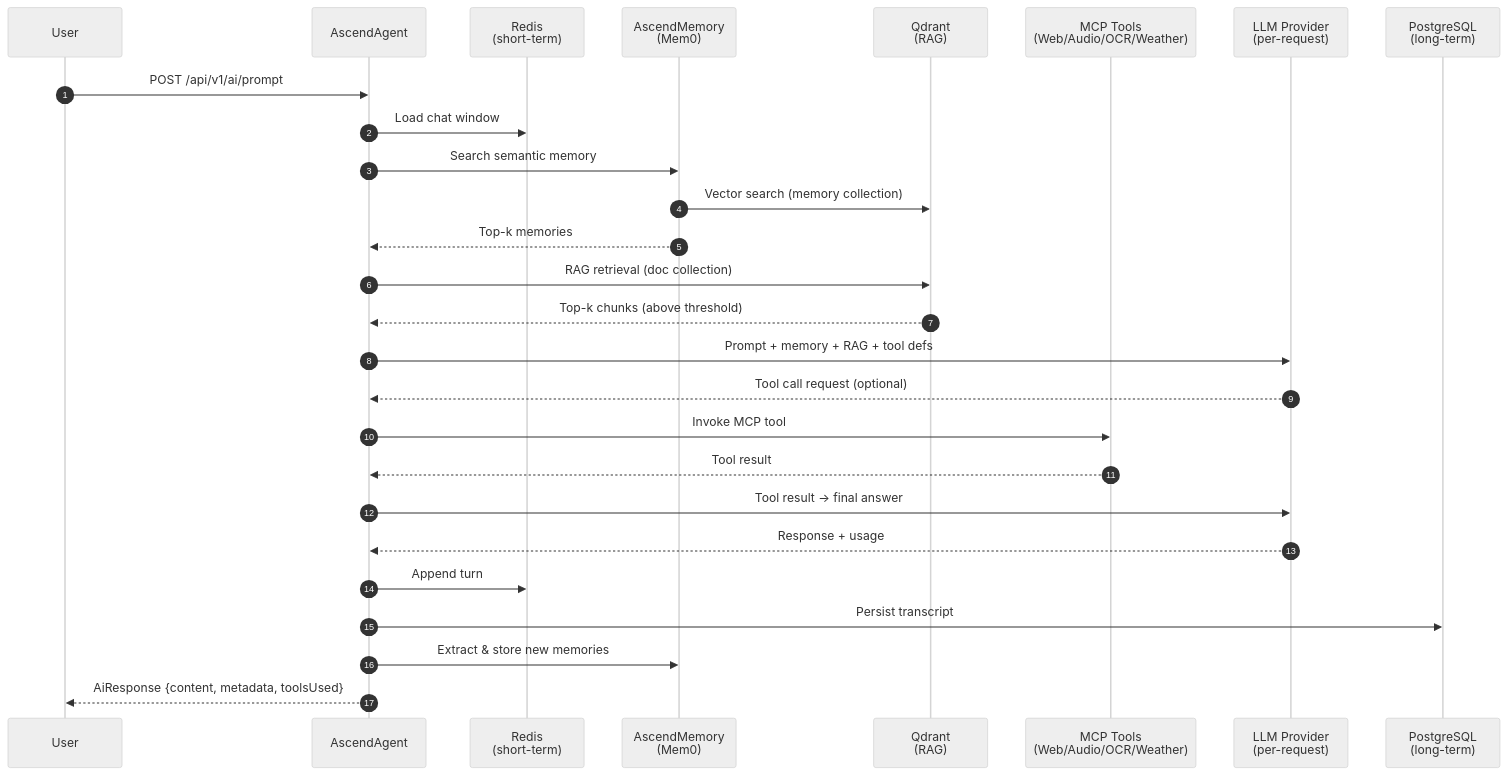
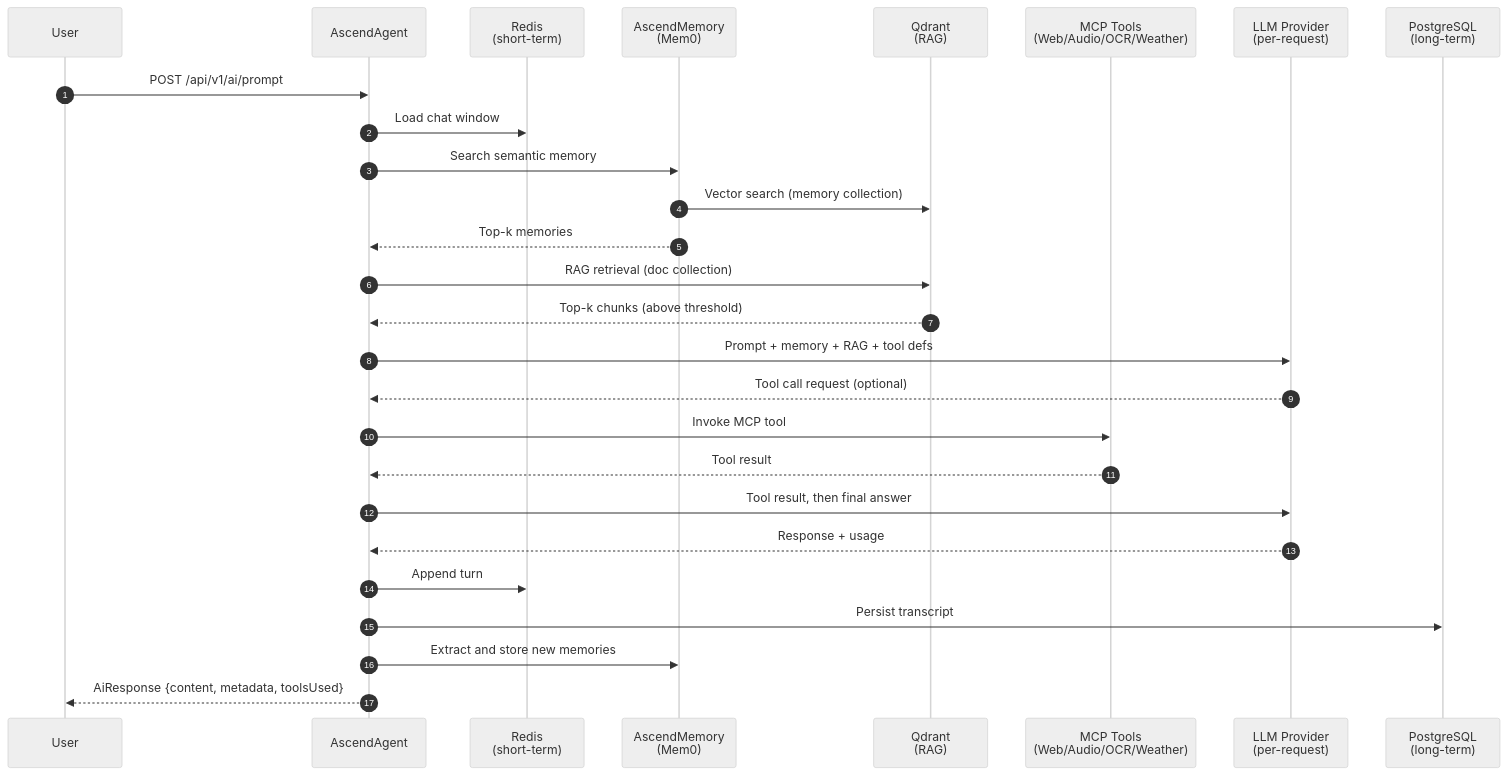
Before and after one commit to Lukk17/AscendAI: the second of 2 diagrams in README.md, drawn with Mermaid (neutral theme). The commit also changed other lines of this file and 894 other files, not shown here.

````diff
--- a/README.md
+++ b/README.md
@@ -194,30 +226,30 @@
 ```mermaid
 sequenceDiagram
     autonumber
     participant U as User
     participant A as AscendAgent
     participant R as Redis<br/>(short-term)
     participant M as AscendMemory<br/>(Mem0)
     participant Q as Qdrant<br/>(RAG)
     participant T as MCP Tools<br/>(Web/Audio/OCR/Weather)
     participant L as LLM Provider<br/>(per-request)
     participant P as PostgreSQL<br/>(long-term)
 
     U->>A: POST /api/v1/ai/prompt
     A->>R: Load chat window
     A->>M: Search semantic memory
     M->>Q: Vector search (memory collection)
     M-->>A: Top-k memories
     A->>Q: RAG retrieval (doc collection)
     Q-->>A: Top-k chunks (above threshold)
     A->>L: Prompt + memory + RAG + tool defs
     L-->>A: Tool call request (optional)
     A->>T: Invoke MCP tool
     T-->>A: Tool result
-    A->>L: Tool result → final answer
+    A->>L: Tool result, then final answer
     L-->>A: Response + usage
     A->>R: Append turn
     A->>P: Persist transcript
-    A->>M: Extract & store new memories
+    A->>M: Extract and store new memories
     A-->>U: AiResponse {content, metadata, toolsUsed}
 ```
````
